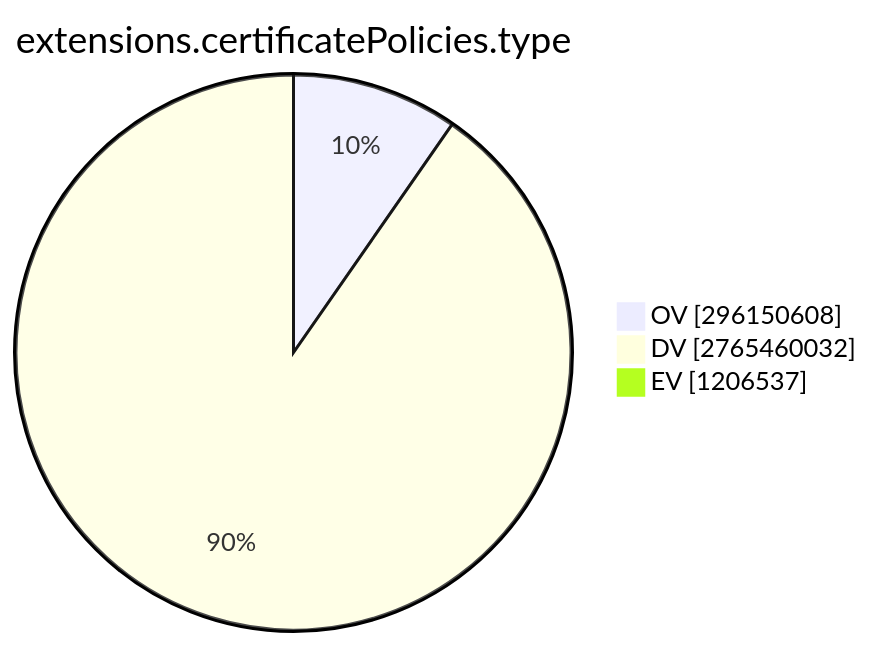
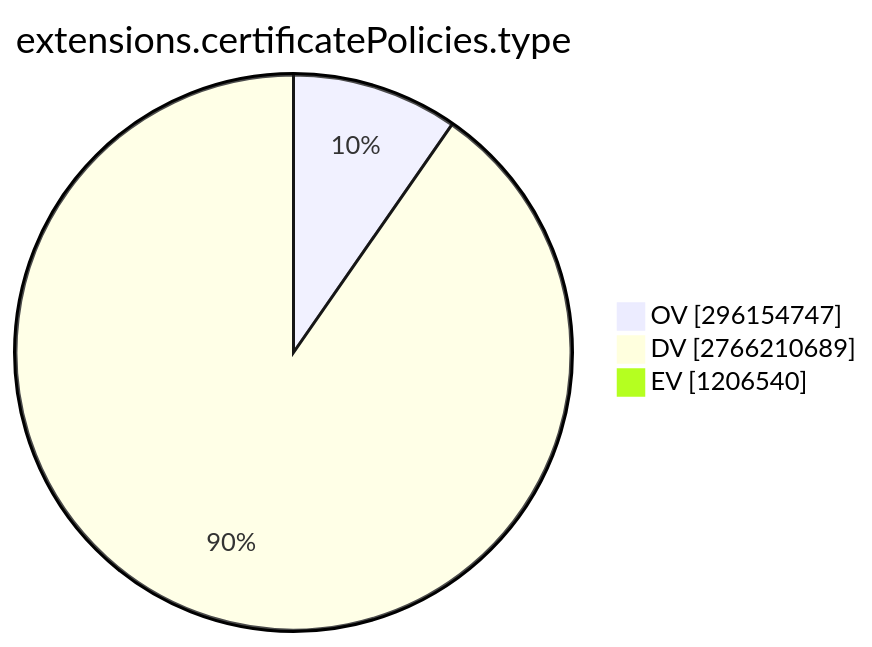
The ninth of 15 diagrams in TOTAL/README.md (christiankrug/ctmonitor_visualization), drawn with Mermaid before and after one commit. The commit also changed other lines of this file, not shown here.

````diff
--- a/TOTAL/README.md
+++ b/TOTAL/README.md
@@ -3099,7 +3099,7 @@
 ```mermaid
 pie showData
 title extensions.certificatePolicies.type
-"OV" :296150608
-"DV" :2765460032
-"EV" :1206537
+"OV" :296154747
+"DV" :2766210689
+"EV" :1206540
 ```
````
